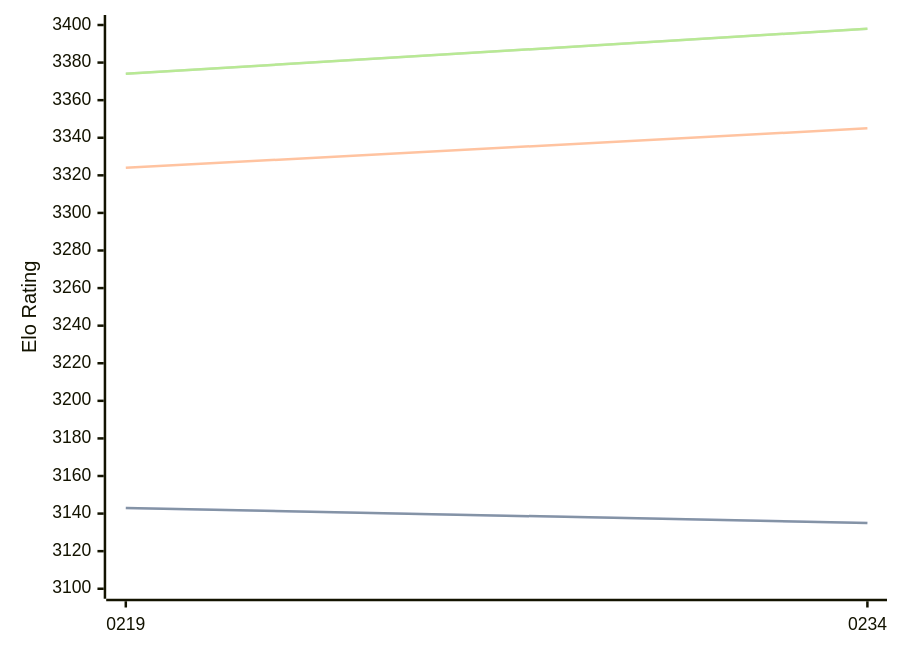
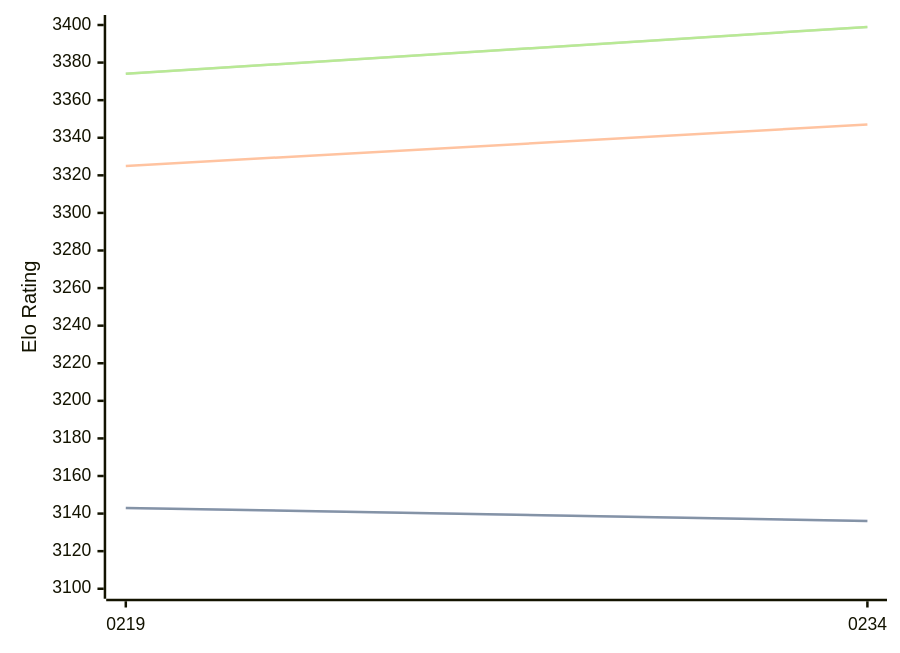
The diagram in engines/Ynode.md (computer-chess-index/cci), drawn with Mermaid before and after one commit. The commit also changed other lines of this file, not shown here.

Commit message:
Update CCI Ratings (ELO VLTC) - 2026-09-08

````diff
--- a/engines/Ynode.md
+++ b/engines/Ynode.md
@@ -32,11 +32,11 @@
 ```mermaid
 %%{init: {"theme":"base","themeVariables":{"seriesColors:['#a3a3a3','#222221','#faa371']}}}%%
 xychart-beta
   x-axis ["0219", "0234"]
   y-axis "Elo Rating" 3100 --> 3400
-  line "" [3143, 3135]
-  line "STC (8.0+0.08s)" [3143, 3135]
-  line "LTC (60.0+0.60s)" [3324, 3345]
-  line "" [3374, 3398]
-  line "VLTC (2m24s+1.12s)" [3374, 3398]
+  line "" [3143, 3136]
+  line "STC (8.0+0.08s)" [3143, 3136]
+  line "LTC (60.0+0.60s)" [3325, 3347]
+  line "" [3374, 3399]
+  line "VLTC (2m24s+1.12s)" [3374, 3399]
 ```
````
